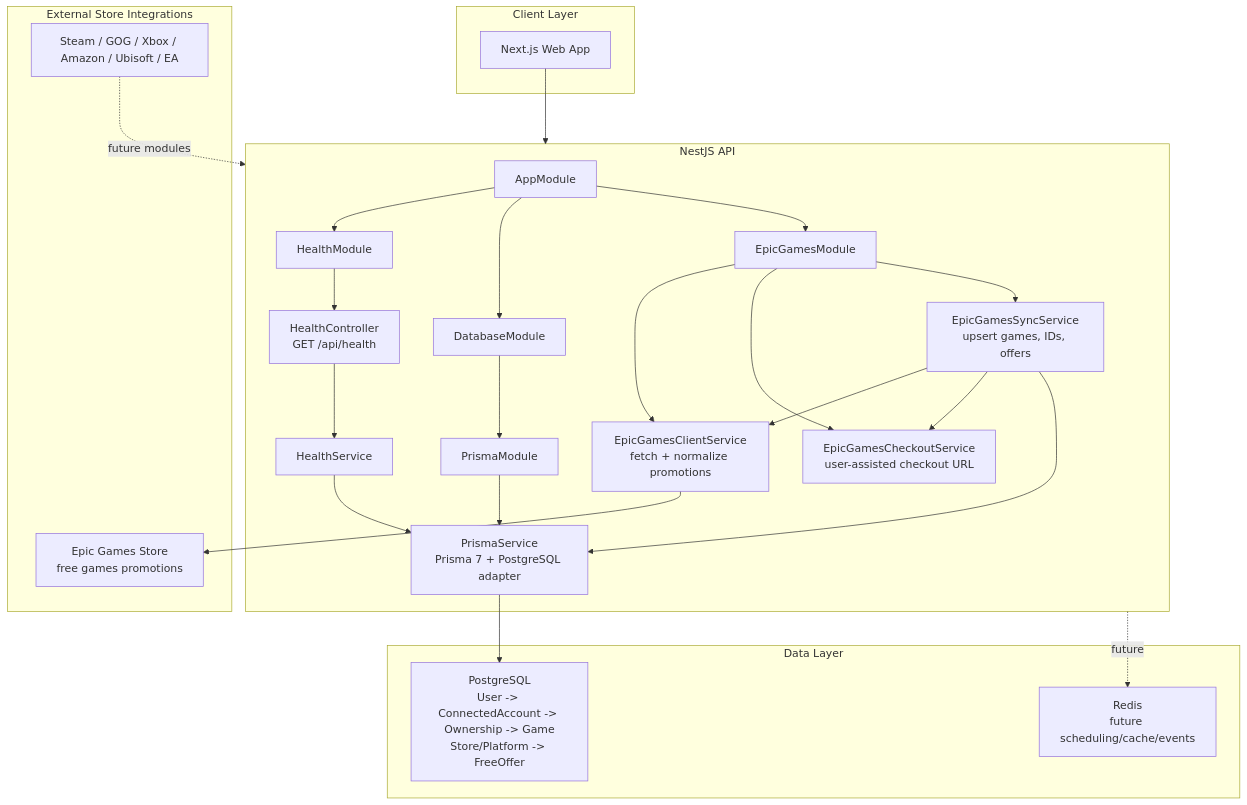
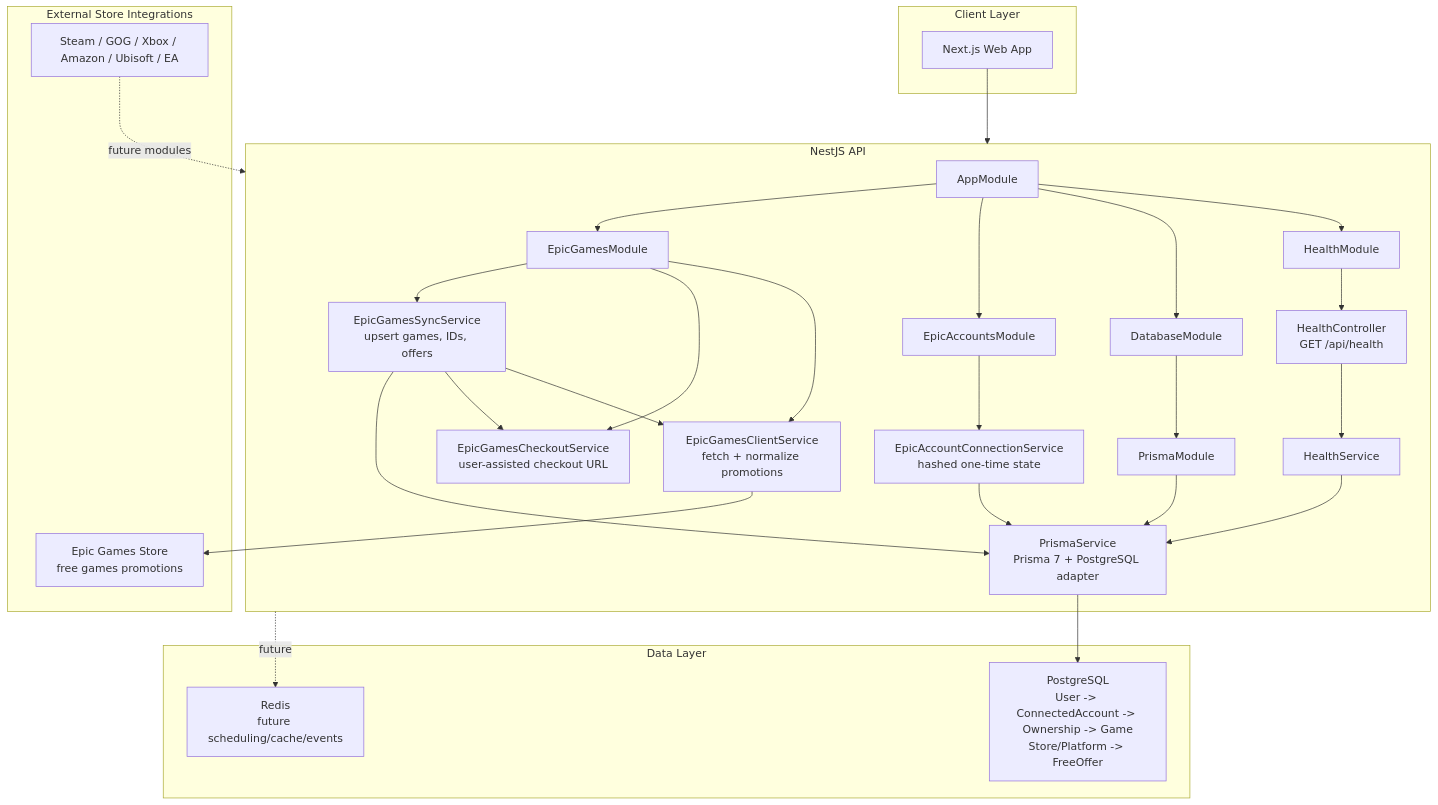
Before and after one commit to BranioM/ClaimWeekGames: the diagram in docs/ARCHITECTURE.md, drawn with Mermaid. The commit also changed other lines of this file and 7 other files, not shown here.

Commit message:
feat: add Epic account connection foundation

````diff
--- a/docs/ARCHITECTURE.md
+++ b/docs/ARCHITECTURE.md
@@ -18,51 +19,56 @@
 ```mermaid
 flowchart TB
   subgraph Client["Client Layer"]
     Web["Next.js Web App"]
   end
 
   subgraph Api["NestJS API"]
     AppModule["AppModule"]
     HealthModule["HealthModule"]
     DatabaseModule["DatabaseModule"]
     PrismaModule["PrismaModule"]
+    EpicAccountsModule["EpicAccountsModule"]
     EpicGamesModule["EpicGamesModule"]
 
     HealthController["HealthController\nGET /api/health"]
     HealthService["HealthService"]
     PrismaService["PrismaService\nPrisma 7 + PostgreSQL adapter"]
+    EpicAccountConnection["EpicAccountConnectionService\nhashed one-time state"]
     EpicClient["EpicGamesClientService\nfetch + normalize promotions"]
     EpicCheckout["EpicGamesCheckoutService\nuser-assisted checkout URL"]
     EpicSync["EpicGamesSyncService\nupsert games, IDs, offers"]
   end
 
   subgraph Stores["External Store Integrations"]
     EpicStore["Epic Games Store\nfree games promotions"]
     FutureStores["Steam / GOG / Xbox / Amazon / Ubisoft / EA"]
   end
 
   subgraph Data["Data Layer"]
     Postgres["PostgreSQL\nUser -> ConnectedAccount -> Ownership -> Game\nStore/Platform -> FreeOffer"]
     Redis["Redis\nfuture scheduling/cache/events"]
   end
 
   Web --> Api
   AppModule --> HealthModule
   AppModule --> DatabaseModule
+  AppModule --> EpicAccountsModule
   AppModule --> EpicGamesModule
   DatabaseModule --> PrismaModule
   PrismaModule --> PrismaService
   HealthModule --> HealthController
   HealthController --> HealthService
   HealthService --> PrismaService
+  EpicAccountsModule --> EpicAccountConnection
+  EpicAccountConnection --> PrismaService
   EpicGamesModule --> EpicClient
   EpicGamesModule --> EpicCheckout
   EpicGamesModule --> EpicSync
   EpicSync --> EpicClient
   EpicSync --> EpicCheckout
   EpicClient --> EpicStore
   EpicSync --> PrismaService
   PrismaService --> Postgres
   Api -.future.-> Redis
   FutureStores -.future modules.-> Api
 ```
````
